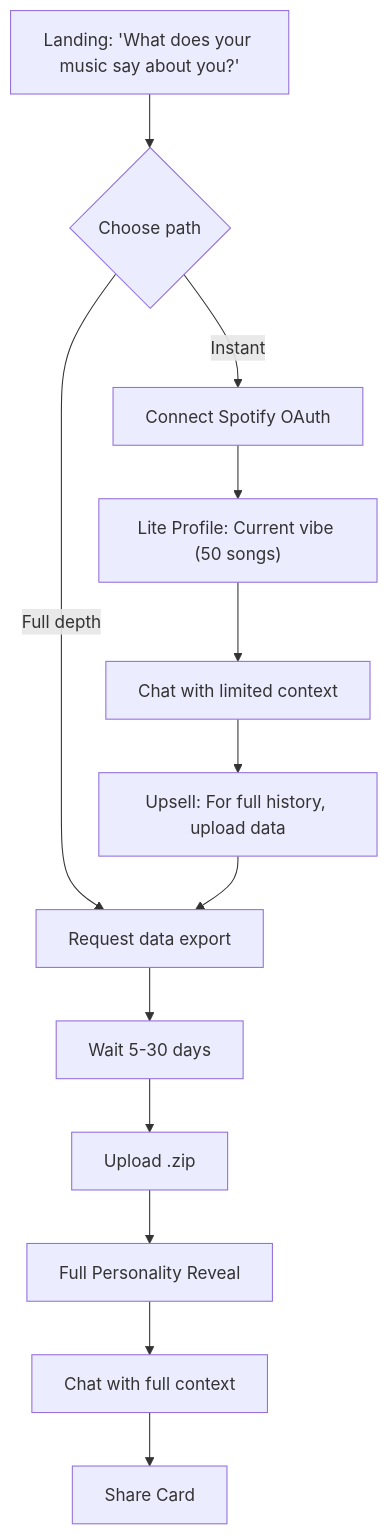
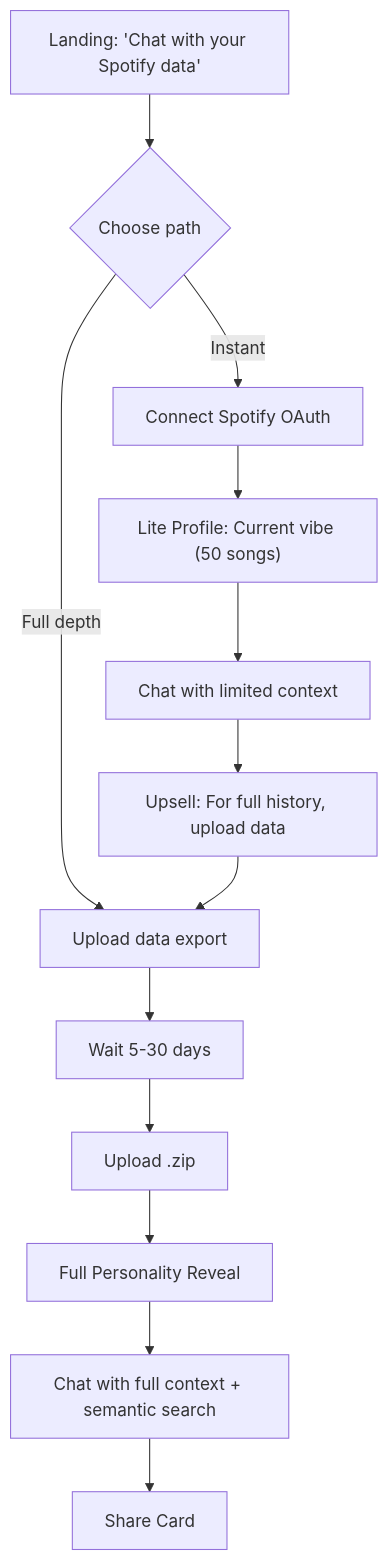
The diagram in docs/02-user-experience.md (rhinos0608/rhythm-chamber), drawn with Mermaid before and after one commit. The commit also changed other lines of this file and 14 other files, not shown here.

First line of the commit message:
Refactors app for chat-first, BYOK architecture

````diff
--- a/docs/02-user-experience.md
+++ b/docs/02-user-experience.md
@@ -5,15 +5,15 @@
 ```mermaid
 flowchart TD
-    A["Landing: 'What does your music say about you?'"] --> B{Choose path}
+    A["Landing: 'Chat with your Spotify data'"] --> B{Choose path}
     B -->|Instant| C[Connect Spotify OAuth]
-    B -->|Full depth| D[Request data export]
+    B -->|Full depth| D[Upload data export]
     C --> E["Lite Profile: Current vibe (50 songs)"]
     E --> F[Chat with limited context]
     F --> G["Upsell: For full history, upload data"]
     G --> D
     D --> H[Wait 5-30 days]
     H --> I[Upload .zip]
     I --> J[Full Personality Reveal]
-    J --> K[Chat with full context]
+    J --> K[Chat with full context + semantic search]
     K --> L[Share Card]
 ```
````
